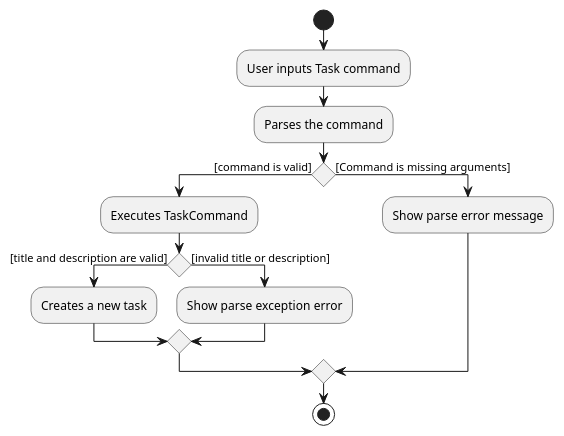
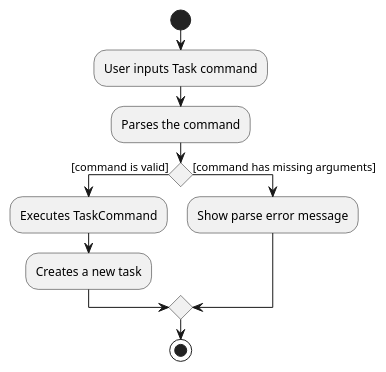
Before and after one commit to nus-cs2103-AY2223S1/tp: the diagram in docs/diagrams/AddTaskActivityDiagram.puml, drawn with PlantUML. The commit also changed 8 other files, not shown here.

```diff
--- a/docs/diagrams/AddTaskActivityDiagram.puml
+++ b/docs/diagrams/AddTaskActivityDiagram.puml
@@ -1,18 +1,15 @@
 @startuml
 start
 :User inputs Task command;
 
 :Parses the command;
 
 if() then ([command is valid])
     :Executes TaskCommand;
-    if() then ([title and description are valid])
-        :Creates a new task;
-    else([invalid title or description])
-        :Show parse exception error;
-    endif
-else([Command is missing arguments])
+    :Creates a new task;
+
+else([command has missing arguments])
     :Show parse error message;
 endif
 stop
 @enduml
```
